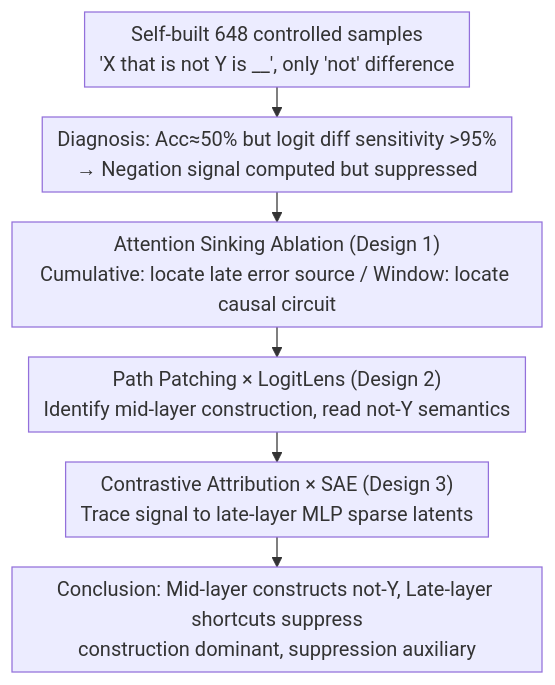
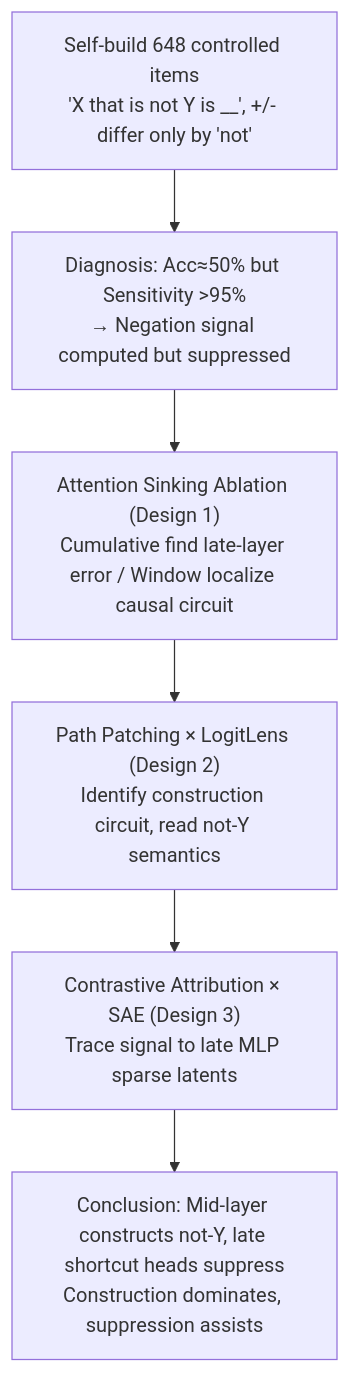
Before and after one commit to zhaoyang97/Paper-Notes-en: the diagram in docs/ICML2026/interpretability/how_language_models_process_negation.md, drawn with Mermaid. The commit also changed other lines of this file and 5084 other files, not shown here.

````diff
--- a/docs/ICML2026/interpretability/how_language_models_process_negation.md
+++ b/docs/ICML2026/interpretability/how_language_models_process_negation.md
@@ -42,9 +42,8 @@
 ```mermaid
-%%{init: {'flowchart': {'rankSpacing': 24, 'nodeSpacing': 28, 'padding': 6, 'wrappingWidth': 400}}}%%
-flowchart TD
-    A["Self-built 648 controlled samples<br/>'X that is not Y is __', only 'not' difference"] --> B["Diagnosis: Acc≈50% but logit diff sensitivity >95%<br/>→ Negation signal computed but suppressed"]
-    B --> C["Attention Sinking Ablation (Design 1)<br/>Cumulative: locate late error source / Window: locate causal circuit"]
-    C --> D["Path Patching × LogitLens (Design 2)<br/>Identify mid-layer construction, read not-Y semantics"]
-    D --> E["Contrastive Attribution × SAE (Design 3)<br/>Trace signal to late-layer MLP sparse latents"]
-    E --> F["Conclusion: Mid-layer constructs not-Y, Late-layer shortcuts suppress<br/>construction dominant, suppression auxiliary"]
+graph TD
+    A["Self-build 648 controlled items<br/>'X that is not Y is __', +/- differ only by 'not'"] --> B["Diagnosis: Acc≈50% but Sensitivity >95%<br/>→ Negation signal computed but suppressed"]
+    B --> C["Attention Sinking Ablation (Design 1)<br/>Cumulative find late-layer error / Window localize causal circuit"]
+    C --> D["Path Patching × LogitLens (Design 2)<br/>Identify construction circuit, read not-Y semantics"]
+    D --> E["Contrastive Attribution × SAE (Design 3)<br/>Trace signal to late MLP sparse latents"]
+    E --> F["Conclusion: Mid-layer constructs not-Y, late shortcut heads suppress<br/>Construction dominates, suppression assists"]
 ```
````
